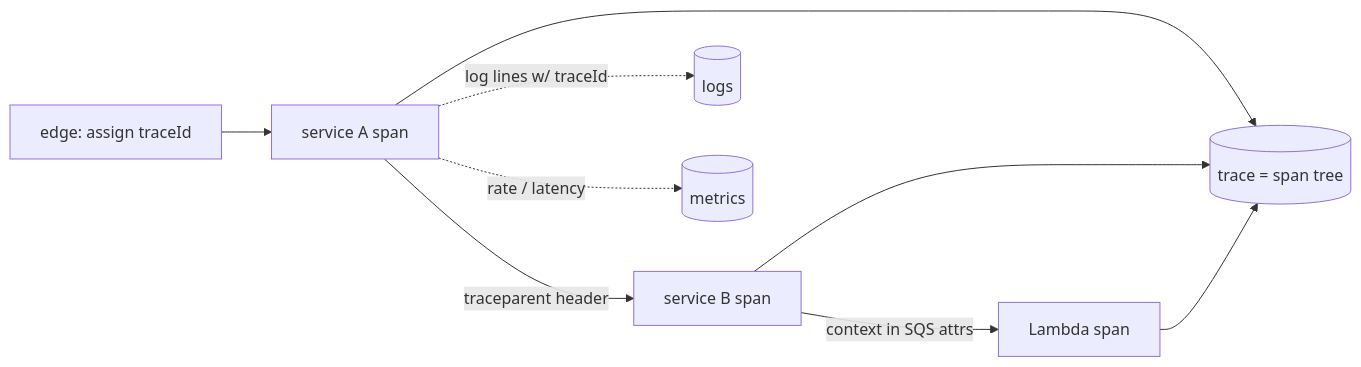
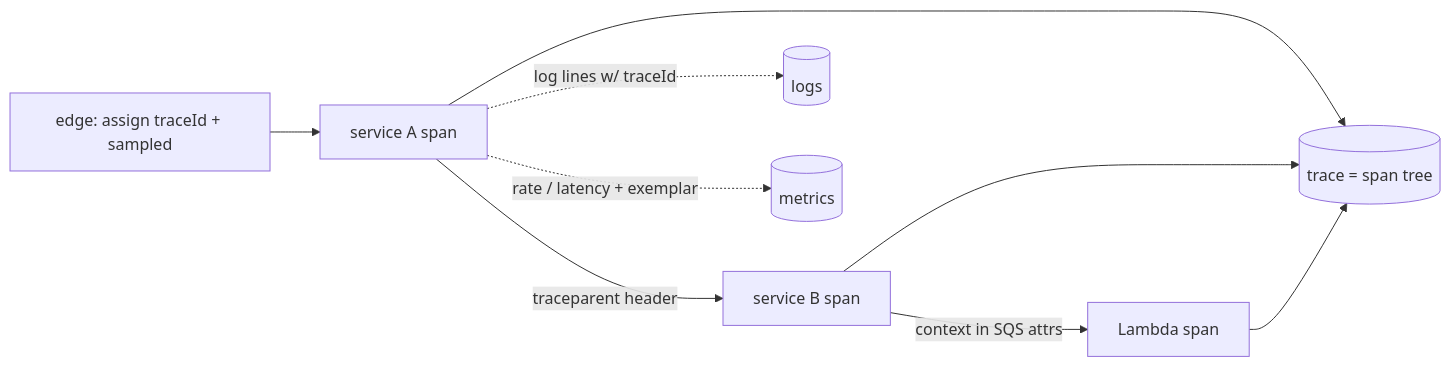
Before and after one commit to Sundeepg98/deepdive-rehearsal: the diagram in src/topics-md/observability.md, drawn with Mermaid. The commit also changed other lines of this file and 41 other files, not shown here.

````diff
--- a/src/topics-md/observability.md
+++ b/src/topics-md/observability.md
@@ -249,11 +574,11 @@
 ```mermaid
 flowchart LR
-  E["edge: assign traceId"] --> A["service A span"]
+  E["edge: assign traceId + sampled"] --> A["service A span"]
   A -->|"traceparent header"| B["service B span"]
   A -.->|"log lines w/ traceId"| L[(logs)]
-  A -.->|"rate / latency"| M[(metrics)]
+  A -.->|"rate / latency + exemplar"| M[(metrics)]
   B -->|"context in SQS attrs"| F["Lambda span"]
   A --> T[(trace = span tree)]
   B --> T
   F --> T
 ```
````
